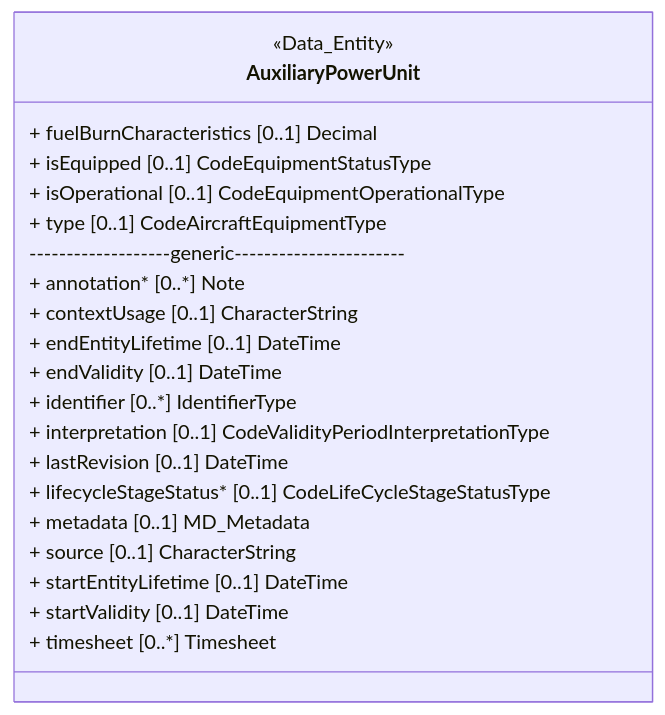
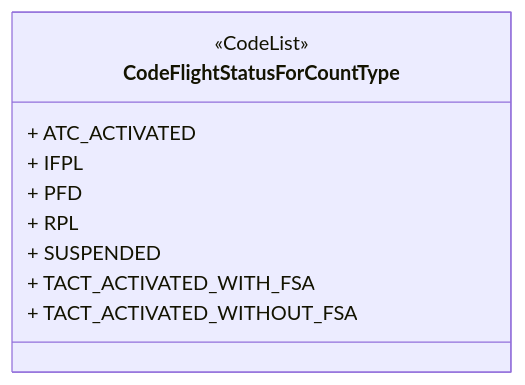
Before and after one commit to hlepori/testAIRM: diagram 15 of 55 in README.md, drawn with Mermaid. The commit also changed other lines of this file, not shown here.

````diff
--- a/README.md
+++ b/README.md
@@ -370,24 +421,13 @@
 ```mermaid	
 classDiagram	
-class AuxiliaryPowerUnit	
-<<Data_Entity>> AuxiliaryPowerUnit	
-link AuxiliaryPowerUnit "https://airm.aero/developers/advanced-search/1.0.0/AuxiliaryPowerUnit?model=LogicalModel" "Go to definition"	
-AuxiliaryPowerUnit : + fuelBurnCharacteristics [0..1] Decimal	
-AuxiliaryPowerUnit : + isEquipped [0..1] CodeEquipmentStatusType	
-AuxiliaryPowerUnit : + isOperational [0..1] CodeEquipmentOperationalType	
-AuxiliaryPowerUnit : + type [0..1] CodeAircraftEquipmentType	
-AuxiliaryPowerUnit: -------------------generic-----------------------	
-AuxiliaryPowerUnit : + annotation* [0..*] Note	
-AuxiliaryPowerUnit : + contextUsage [0..1] CharacterString	
-AuxiliaryPowerUnit : + endEntityLifetime [0..1] DateTime	
-AuxiliaryPowerUnit : + endValidity [0..1] DateTime	
-AuxiliaryPowerUnit : + identifier [0..*] IdentifierType	
-AuxiliaryPowerUnit : + interpretation [0..1] CodeValidityPeriodInterpretationType	
-AuxiliaryPowerUnit : + lastRevision [0..1] DateTime	
-AuxiliaryPowerUnit : + lifecycleStageStatus* [0..1] CodeLifeCycleStageStatusType	
-AuxiliaryPowerUnit : + metadata [0..1] MD_Metadata	
-AuxiliaryPowerUnit : + source [0..1] CharacterString	
-AuxiliaryPowerUnit : + startEntityLifetime [0..1] DateTime	
-AuxiliaryPowerUnit : + startValidity [0..1] DateTime	
-AuxiliaryPowerUnit : + timesheet [0..*] Timesheet	
+class CodeFlightStatusForCountType	
+<<CodeList>> CodeFlightStatusForCountType	
+link CodeFlightStatusForCountType "https://airm.aero/developers/advanced-search/1.0.0/CodeFlightStatusForCountType?model=LogicalModel" "Go to definition"	
+CodeFlightStatusForCountType : + ATC_ACTIVATED	
+CodeFlightStatusForCountType : + IFPL	
+CodeFlightStatusForCountType : + PFD	
+CodeFlightStatusForCountType : + RPL	
+CodeFlightStatusForCountType : + SUSPENDED	
+CodeFlightStatusForCountType : + TACT_ACTIVATED_WITH_FSA	
+CodeFlightStatusForCountType : + TACT_ACTIVATED_WITHOUT_FSA	
 ```	
````
